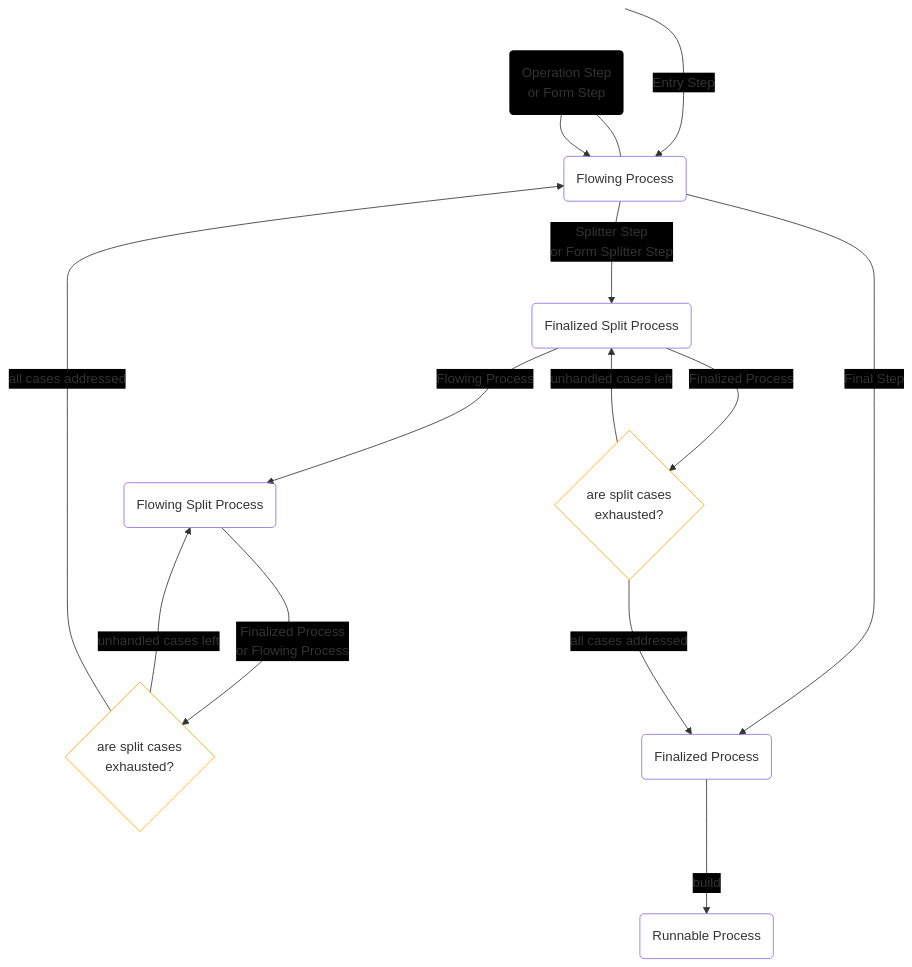
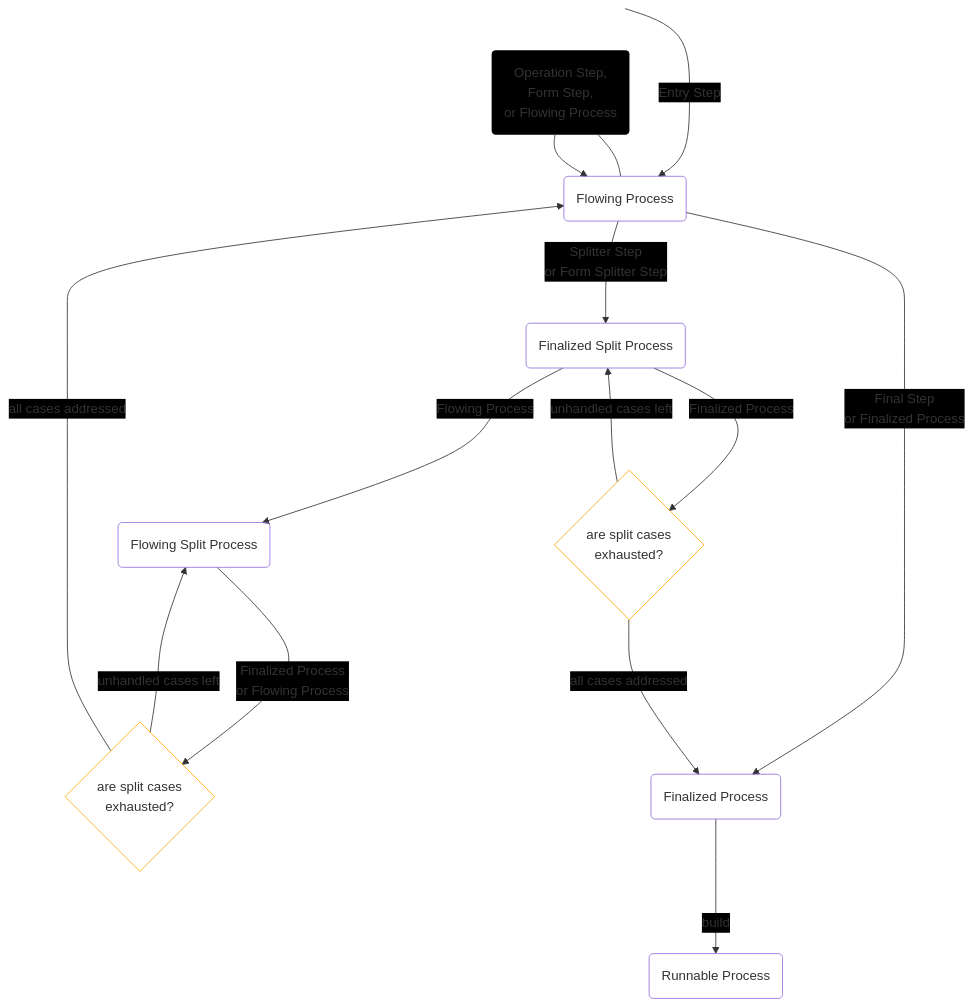
The diagram in type_process_builder/doc/process_builder_states.mmd (Only1Loatheb/brrricks), drawn with Mermaid before and after one commit. The commit also changed 1 other file, not shown here.

```diff
--- a/type_process_builder/doc/process_builder_states.mmd
+++ b/type_process_builder/doc/process_builder_states.mmd
@@ -1,46 +1,46 @@
 %%{
   init: {
     'flowchart': {
       'defaultRenderer': 'tidy-tree'
     },
     'themeVariables': {
       'edgeLabelBackground': '#000000'
     }
   }
 }%%
 flowchart TD
     classDef default fill: transparent;
     classDef hidden display: none;
     classDef orangeNodeEdge stroke: orange;
     classDef noEdge stroke: transparent, fill: black;
     Start:::hidden
     FinalizedSplitProcessSubgraph:::hidden
     subgraph FinalizedSplitProcessSubgraph
         FinalizedSplitProcess(Finalized Split Process)
         finalized_split_cases_final{are split cases<br>exhausted?}:::orangeNodeEdge
     end
     FlowingSplitProcessSubgraph:::hidden
     subgraph FlowingSplitProcessSubgraph
         FlowingSplitProcess(Flowing Split Process)
         flowing_split_cases{are split cases<br>exhausted?}:::orangeNodeEdge
     end
     FinalizedProcess(Finalized Process) -- " build " --> RunnableProcess(Runnable Process)
     Start -- " Entry Step " --> FlowingProcess(Flowing Process)
-    FlowingProcess -- " Final Step " --> FinalizedProcess
+    FlowingProcess -- " Final Step<br>or Finalized Process " --> FinalizedProcess
     FlowingProcess -- " Splitter Step<br>or Form Splitter Step " --> FinalizedSplitProcess
     Loop:::noEdge
-    Loop(" Operation Step<br>or Form Step ") --- FlowingProcess
+    Loop(" Operation Step,<br>Form Step,<br>or Flowing Process ") --- FlowingProcess
     Loop --> FlowingProcess
     FinalizedSplitProcess -- " Flowing Process " --> FlowingSplitProcess
     FinalizedSplitProcess -- " Finalized Process " --> finalized_split_cases_final
     finalized_split_cases_final -- " unhandled cases left " --> FinalizedSplitProcess
     finalized_split_cases_final -- " all cases addressed " --> FinalizedProcess
     FlowingSplitProcess -- " Finalized Process<br>or Flowing Process " --> flowing_split_cases
     flowing_split_cases -- " unhandled cases left " --> FlowingSplitProcess
     flowing_split_cases -- " all cases addressed " --> FlowingProcess
     Start ~~~ Loop
     click FlowingSplitProcess "https://github.com/Only1Loatheb/brrricks/blob/master/type_process_builder/src/builder/flowing_split_process.rs"
     click FlowingProcess "https://github.com/Only1Loatheb/brrricks/blob/master/type_process_builder/src/builder/flowing_process.rs"
     click FinalizedSplitProcess "https://github.com/Only1Loatheb/brrricks/blob/master/type_process_builder/src/builder/finalized_split_process.rs"
     click FinalizedProcess "https://github.com/Only1Loatheb/brrricks/blob/master/type_process_builder/src/builder/finalized_process.rs"
     click RunnableProcess "https://github.com/Only1Loatheb/brrricks/blob/master/type_process_builder/src/builder/runnable_process.rs"
```
